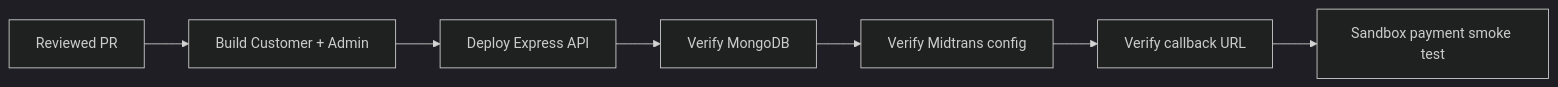
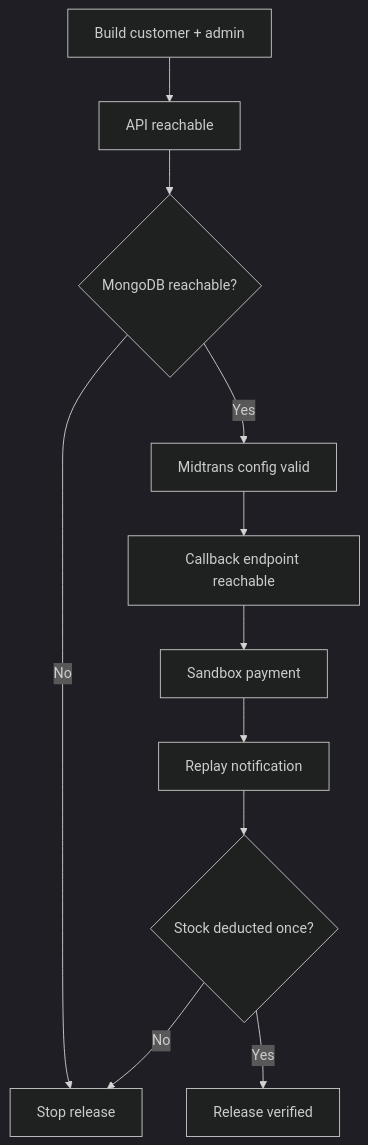
The fifth of 5 diagrams in docs/development-pipeline.md (HidayahMF/kantinpintarv2), drawn with Mermaid (dark theme) before and after one commit. The commit also changed other lines of this file, not shown here.

````diff
--- a/docs/development-pipeline.md
+++ b/docs/development-pipeline.md
@@ -112,9 +131,13 @@
 ```mermaid
-flowchart LR
-    PR[Reviewed PR] --> BUILD[Build Customer + Admin]
-    BUILD --> API[Deploy Express API]
-    API --> DB[Verify MongoDB]
-    DB --> PAY[Verify Midtrans config]
-    PAY --> CALLBACK[Verify callback URL]
-    CALLBACK --> SMOKE[Sandbox payment smoke test]
+flowchart TD
+    BUILD[Build customer + admin] --> API[API reachable]
+    API --> DB{MongoDB reachable?}
+    DB -->|No| STOP[Stop release]
+    DB -->|Yes| PAY[Midtrans config valid]
+    PAY --> CALLBACK[Callback endpoint reachable]
+    CALLBACK --> TEST[Sandbox payment]
+    TEST --> DUP[Replay notification]
+    DUP --> STOCK{Stock deducted once?}
+    STOCK -->|No| STOP
+    STOCK -->|Yes| DONE[Release verified]
 ```
````
